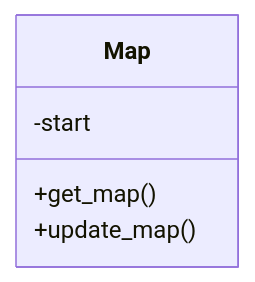
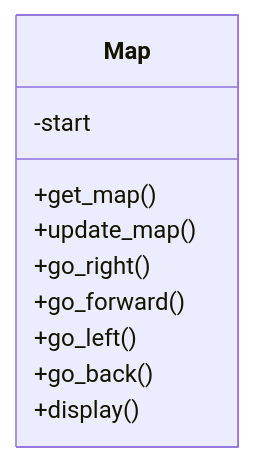
Before and after one commit to edward-yee-ny/j1-summary-project-private-: the second of 4 diagrams in README.md, drawn with Mermaid. The commit also changed other lines of this file, not shown here.

````diff
--- a/README.md
+++ b/README.md
@@ -86,6 +81,11 @@
 ```mermaid
 classDiagram
     Map : -start
     Map : +get_map()
     Map : +update_map()
+    Map : +go_right()
+    Map : +go_forward()
+    Map : +go_left()
+    Map : +go_back()
+    Map : +display()
 ```
````
